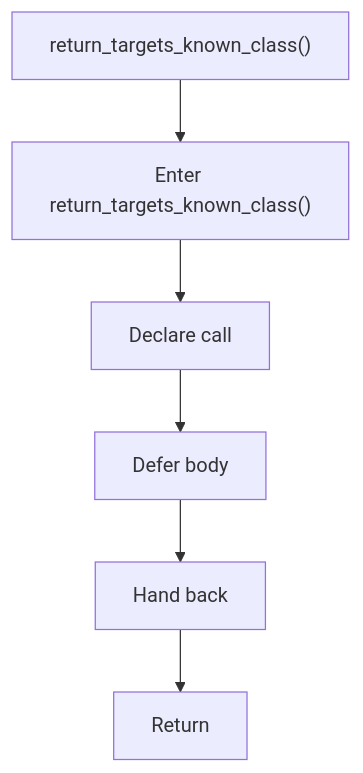
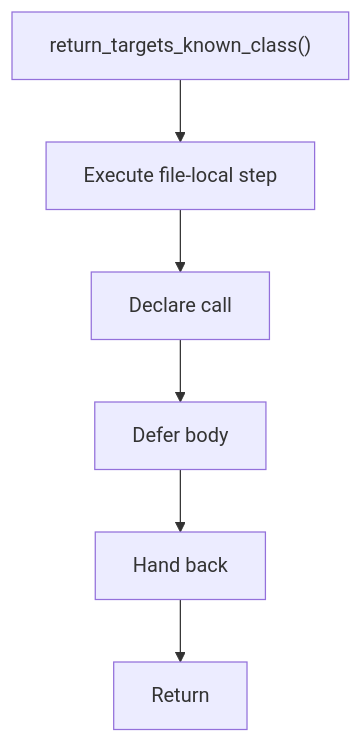
One commit to JohnAndrewBalbarosa/NeoTerritory changed the diagram in docs/Codebase/Microservice/Modules/Header/SyntacticBrokenAST/Analysis/ImplementationUse/Binding/Symbols/Flow/functions/return_targets_known_class.hpp.md. Above: the diagram before and after it, drawn with Mermaid. The commit also changed other lines of this file and 925 other files, not shown here.

````diff
--- a/docs/Codebase/Microservice/Modules/Header/SyntacticBrokenAST/Analysis/ImplementationUse/Binding/Symbols/Flow/functions/return_targets_known_class.hpp.md
+++ b/docs/Codebase/Microservice/Modules/Header/SyntacticBrokenAST/Analysis/ImplementationUse/Binding/Symbols/Flow/functions/return_targets_known_class.hpp.md
@@ -16,14 +16,14 @@
 ```mermaid
 flowchart TD
     Start["return_targets_known_class()"]
-    N0["Enter return_targets_known_class()"]
+    N0["Execute file-local step"]
     N1["Declare call"]
     N2["Defer body"]
     N3["Hand back"]
     End["Return"]
     Start --> N0
     N0 --> N1
     N1 --> N2
     N2 --> N3
     N3 --> End
 ```
````
